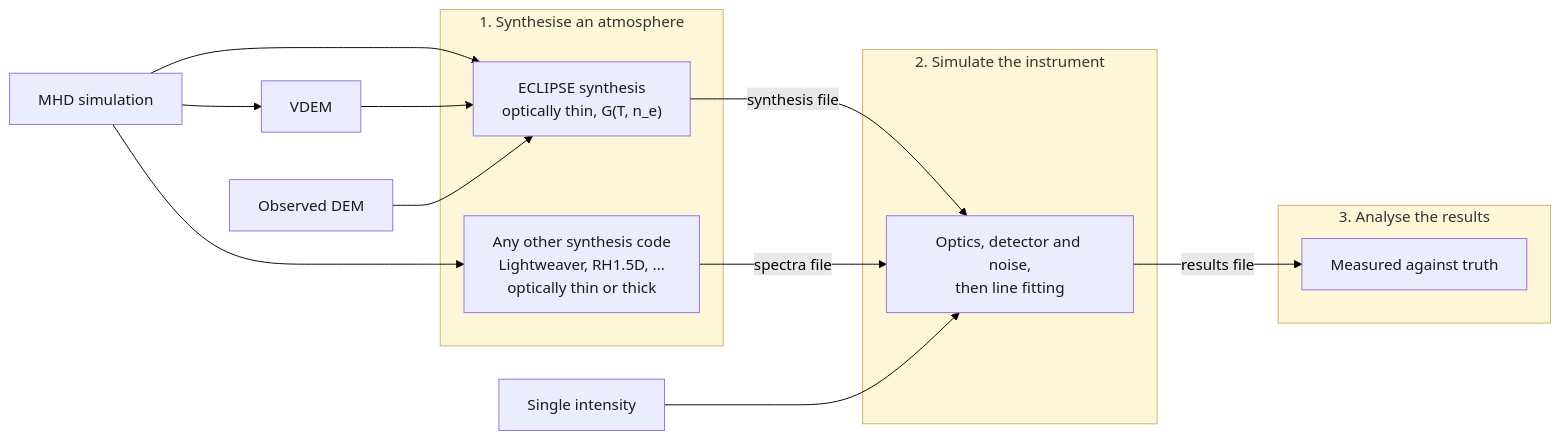
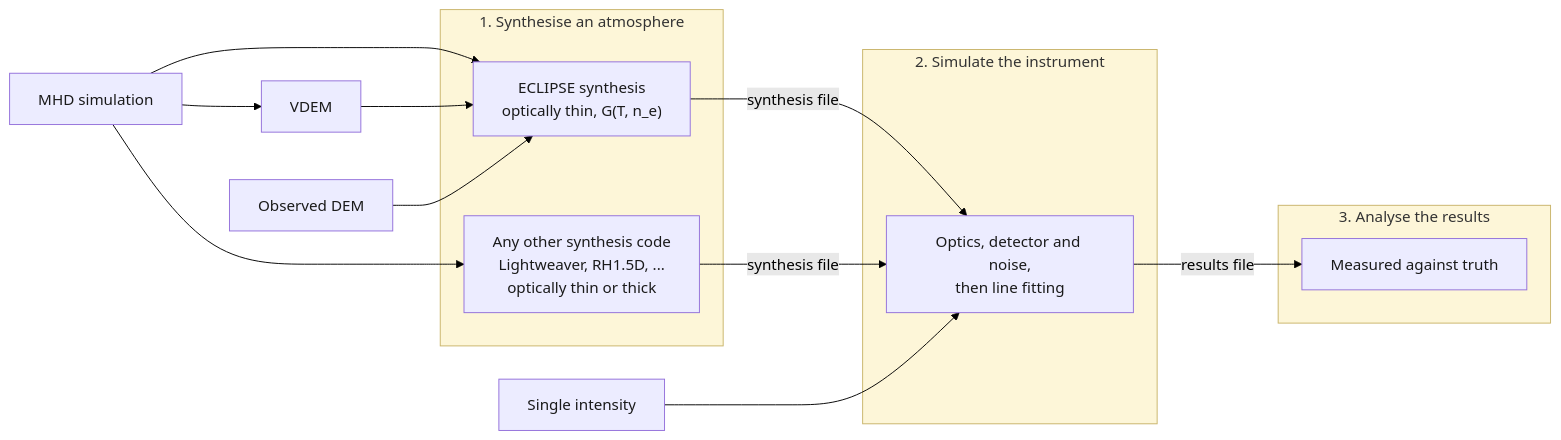
Before and after one commit to jamesmckevitt/eclipse: the diagram in docs/index.md, drawn with Mermaid (forest theme). The commit also changed other lines of this file and 22 other files, not shown here.

````diff
--- a/docs/index.md
+++ b/docs/index.md
@@ -18,37 +18,37 @@
 ```mermaid
 flowchart LR
     MHD["MHD simulation"]
     DEM["Observed DEM"]
     UNI["Single intensity"]
 
     MHD --> VDEM["VDEM"]
 
     subgraph SYN["1. Synthesise an atmosphere"]
         ECL["ECLIPSE synthesis<br>optically thin, G(T, n_e)"]
         EXT["Any other synthesis code<br>Lightweaver, RH1.5D, ...<br>optically thin or thick"]
     end
 
     subgraph SIM["2. Simulate the instrument"]
         INS["Optics, detector and noise,<br>then line fitting"]
     end
 
     subgraph ANL["3. Analyse the results"]
         ANA["Measured against truth"]
     end
 
     MHD --> ECL
     MHD --> EXT
     VDEM --> ECL
     DEM --> ECL
 
     ECL -- "synthesis file" --> INS
-    EXT -- "spectra file" --> INS
+    EXT -- "synthesis file" --> INS
     UNI --> INS
     INS -- "results file" --> ANA
 
     classDef node fill:#ECECFF,fill-opacity:1,stroke:#9370DB,stroke-opacity:1,color:#1a1a1a;
     class MHD,DEM,UNI,VDEM,ECL,EXT,INS,ANA node
     style SYN fill:#fdf6d8,fill-opacity:1,stroke:#c9b46a
     style SIM fill:#fdf6d8,fill-opacity:1,stroke:#c9b46a
     style ANL fill:#fdf6d8,fill-opacity:1,stroke:#c9b46a
 ```
````
